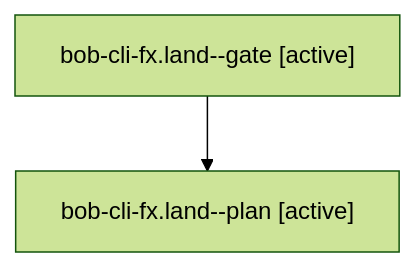
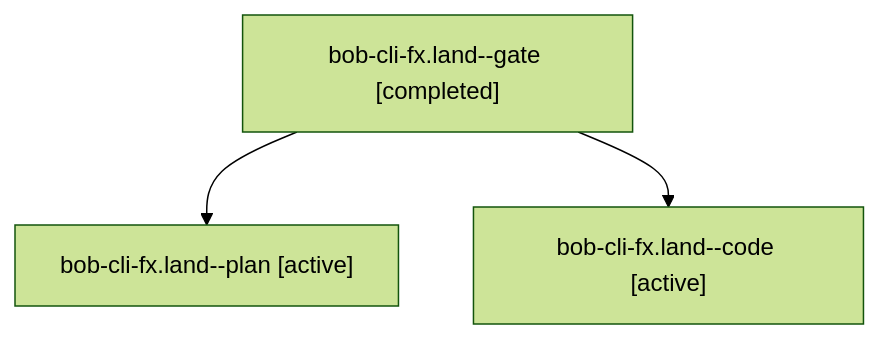
The diagram in sessions/bbugyi200.athena.bob-cli-fx.land.md (bobs-org/bob-cli--agents), drawn with Mermaid (forest theme) before and after one commit. The commit also changed other lines of this file and 24 other files, not shown here.

````diff
--- a/sessions/bbugyi200.athena.bob-cli-fx.land.md
+++ b/sessions/bbugyi200.athena.bob-cli-fx.land.md
@@ -9,6 +9,8 @@
 ```mermaid
 flowchart TD
-  n0["bob-cli-fx.land--gate [active]"]
+  n0["bob-cli-fx.land--gate [completed]"]
   n1["bob-cli-fx.land--plan [active]"]
   n0 --> n1
+  n2["bob-cli-fx.land--code [active]"]
+  n0 --> n2
 ```
````
